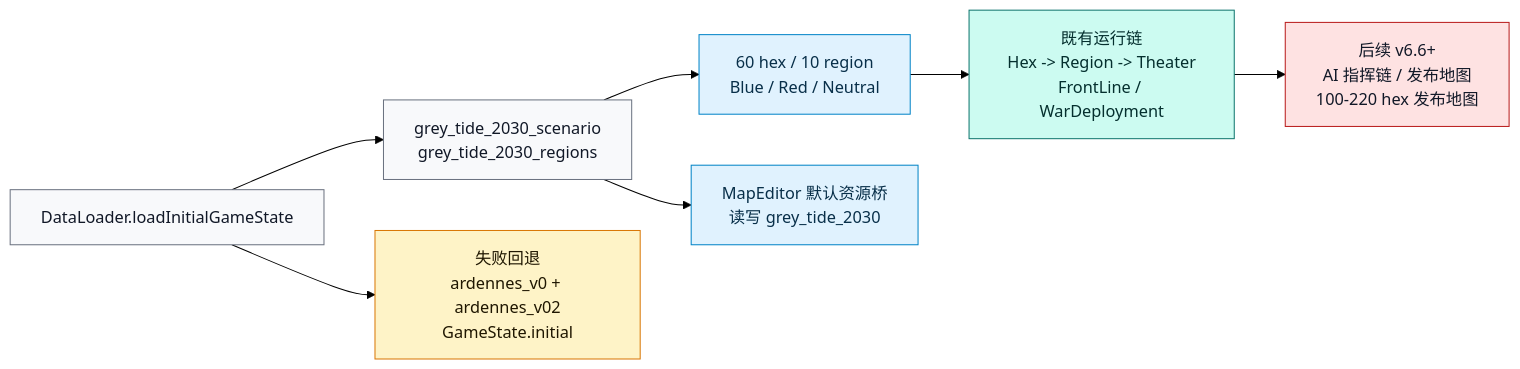
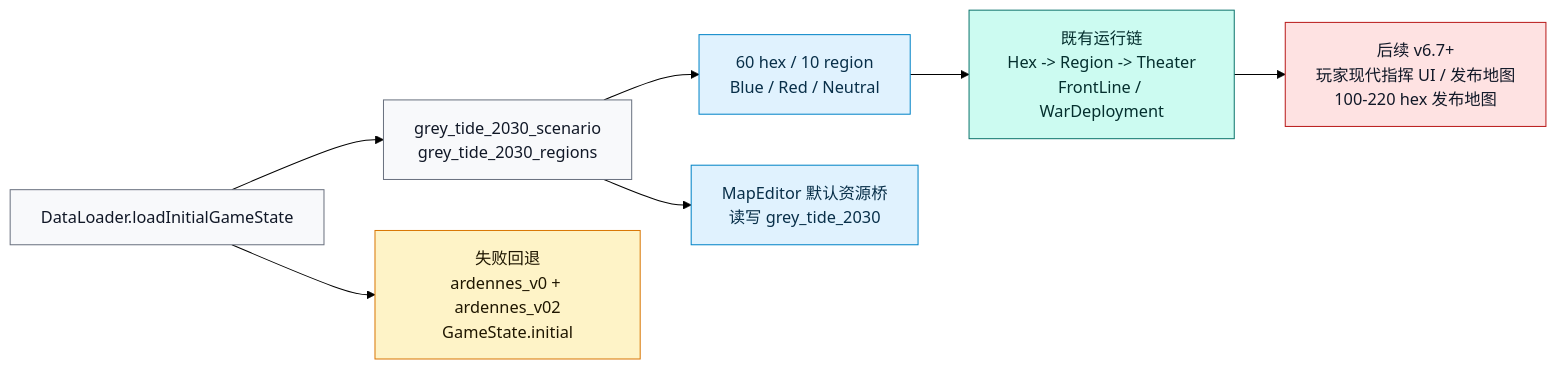
One commit to Altman-sam114/127 changed the fourth of 16 diagrams in md/flow/flowchart.md. Above: the diagram before and after it, drawn with Mermaid (forest theme). The commit also changed other lines of this file and 8 other files, not shown here.

````diff
--- a/md/flow/flowchart.md
+++ b/md/flow/flowchart.md
@@ -115,21 +115,21 @@
 ```mermaid
 flowchart LR
     ENTRY["DataLoader.loadInitialGameState"]:::data
     GREY["grey_tide_2030_scenario<br/>grey_tide_2030_regions"]:::data
     MAP["60 hex / 10 region<br/>Blue / Red / Neutral"]:::state
     EDITOR["MapEditor 默认资源桥<br/>读写 grey_tide_2030"]:::state
     PIPE["既有运行链<br/>Hex -> Region -> Theater<br/>FrontLine / WarDeployment"]:::rules
     FALLBACK["失败回退<br/>ardennes_v0 + ardennes_v02<br/>GameState.initial"]:::legacy
-    TODO["后续 v6.6+<br/>AI 指挥链 / 发布地图<br/>100-220 hex 发布地图"]:::risk
+    TODO["后续 v6.7+<br/>玩家现代指挥 UI / 发布地图<br/>100-220 hex 发布地图"]:::risk
 
     ENTRY --> GREY --> MAP --> PIPE
     GREY --> EDITOR
     ENTRY --> FALLBACK
     PIPE --> TODO
 
     classDef data fill:#f8f9fb,stroke:#6b7280,color:#111827
     classDef state fill:#e0f2fe,stroke:#0284c7,color:#082f49
     classDef rules fill:#ccfbf1,stroke:#0f766e,color:#042f2e
     classDef legacy fill:#fef3c7,stroke:#d97706,color:#1f1600
     classDef risk fill:#fee2e2,stroke:#b91c1c,color:#111827
 ```
````
